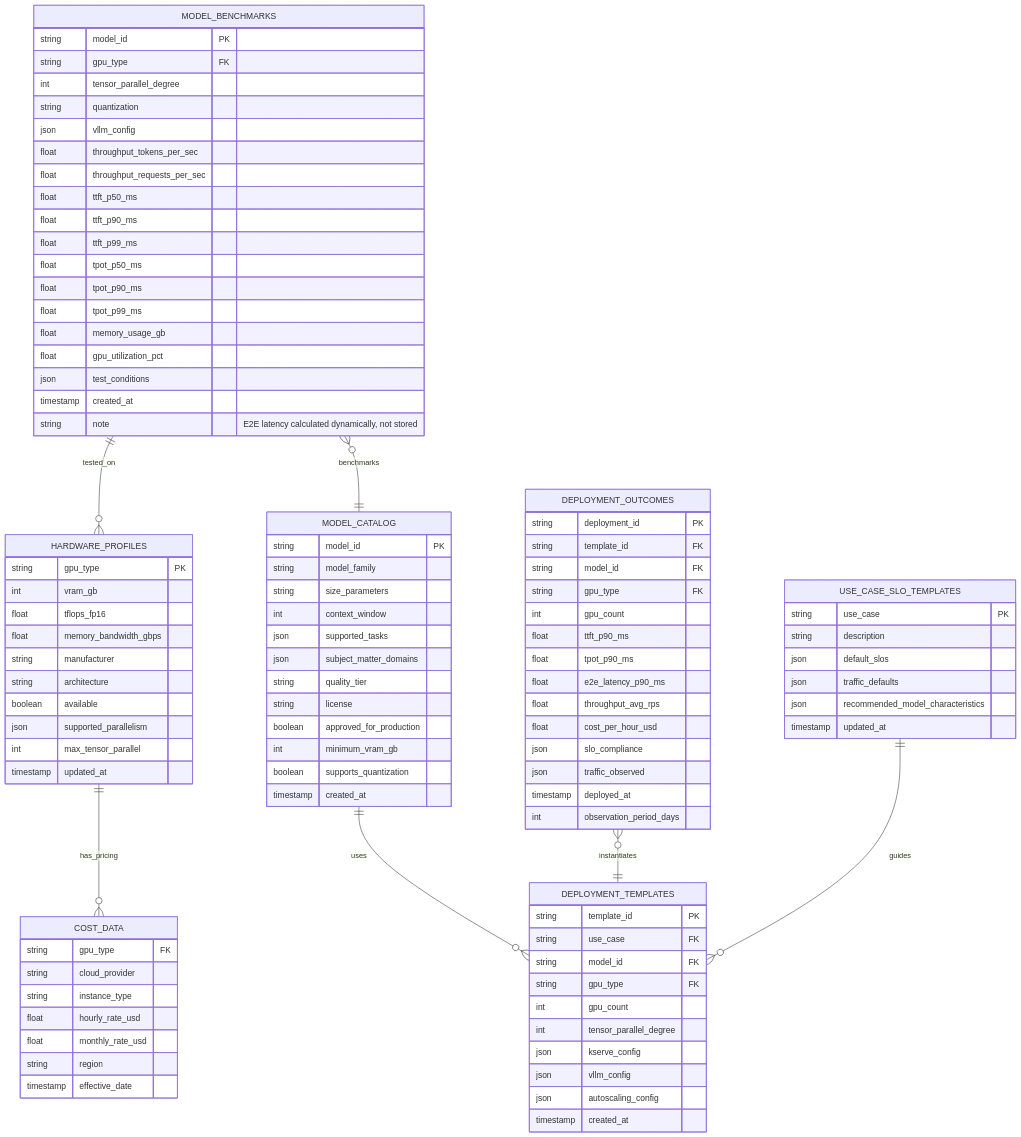
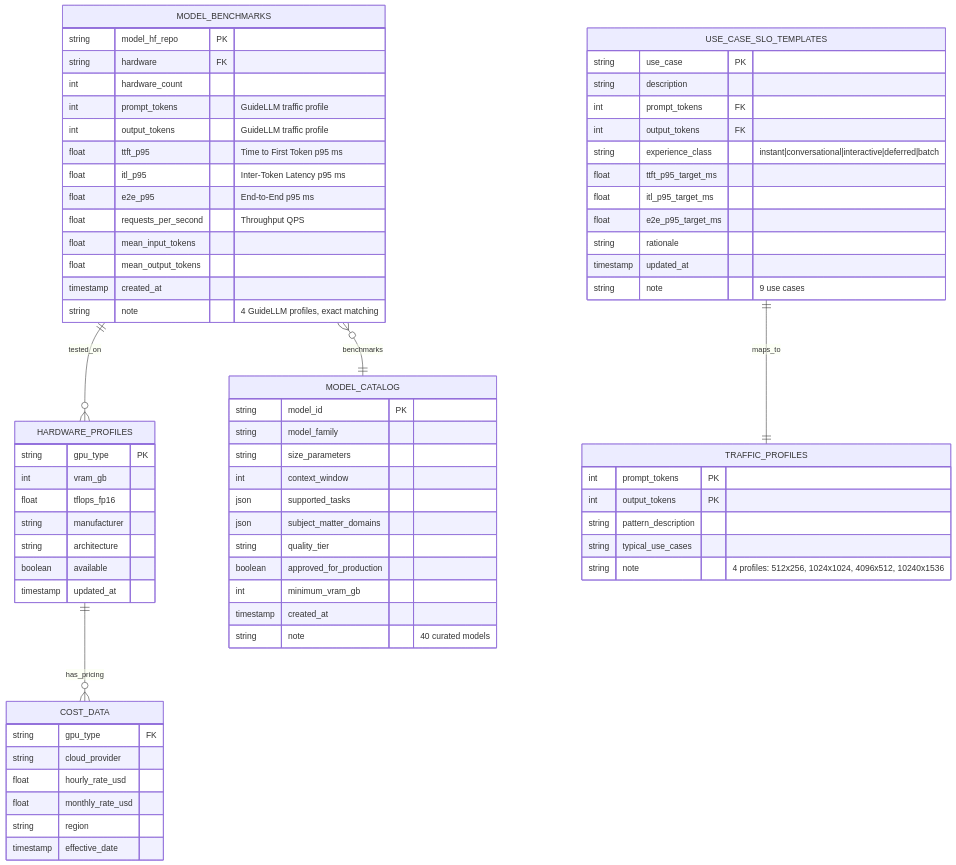
One commit to redhat-et/compass changed the fifth of 5 diagrams in docs/architecture-diagram.md. Above: the diagram before and after it, drawn with Mermaid. The commit also changed other lines of this file and 8 other files, not shown here.

First line of the commit message:
Refactor architecture to 4-engine + UI Layer structure

```diff
--- a/docs/architecture-diagram.md
+++ b/docs/architecture-diagram.md
@@ -304,42 +289,40 @@
 erDiagram
     MODEL_BENCHMARKS ||--o{ HARDWARE_PROFILES : "tested_on"
     MODEL_BENCHMARKS }o--|| MODEL_CATALOG : "benchmarks"
-    MODEL_CATALOG ||--o{ DEPLOYMENT_TEMPLATES : "uses"
-    DEPLOYMENT_OUTCOMES }o--|| DEPLOYMENT_TEMPLATES : "instantiates"
     HARDWARE_PROFILES ||--o{ COST_DATA : "has_pricing"
-    USE_CASE_SLO_TEMPLATES ||--o{ DEPLOYMENT_TEMPLATES : "guides"
+    USE_CASE_SLO_TEMPLATES ||--|| TRAFFIC_PROFILES : "maps_to"
 
     MODEL_BENCHMARKS {
-        string model_id PK
-        string gpu_type FK
-        int tensor_parallel_degree
-        string quantization
-        json vllm_config
-        float throughput_tokens_per_sec
-        float throughput_requests_per_sec
-        float ttft_p50_ms
-        float ttft_p90_ms
-        float ttft_p99_ms
-        float tpot_p50_ms
-        float tpot_p90_ms
-        float tpot_p99_ms
-        float memory_usage_gb
-        float gpu_utilization_pct
-        json test_conditions
+        string model_hf_repo PK
+        string hardware FK
+        int hardware_count
+        int prompt_tokens "GuideLLM traffic profile"
+        int output_tokens "GuideLLM traffic profile"
+        float ttft_p95 "Time to First Token p95 ms"
+        float itl_p95 "Inter-Token Latency p95 ms"
+        float e2e_p95 "End-to-End p95 ms"
+        float requests_per_second "Throughput QPS"
+        float mean_input_tokens
+        float mean_output_tokens
         timestamp created_at
-        string note "E2E latency calculated dynamically, not stored"
+        string note "4 GuideLLM profiles, exact matching"
+    }
+
+    TRAFFIC_PROFILES {
+        int prompt_tokens PK
+        int output_tokens PK
+        string pattern_description
+        string typical_use_cases
+        string note "4 profiles: 512x256, 1024x1024, 4096x512, 10240x1536"
     }
 
     HARDWARE_PROFILES {
         string gpu_type PK
         int vram_gb
         float tflops_fp16
-        float memory_bandwidth_gbps
         string manufacturer
         string architecture
         boolean available
-        json supported_parallelism
-        int max_tensor_parallel
         timestamp updated_at
     }
 
@@ -351,56 +334,29 @@
         json supported_tasks
         json subject_matter_domains
         string quality_tier
-        string license
         boolean approved_for_production
         int minimum_vram_gb
-        boolean supports_quantization
         timestamp created_at
+        string note "40 curated models"
     }
 
     USE_CASE_SLO_TEMPLATES {
         string use_case PK
         string description
-        json default_slos
-        json traffic_defaults
-        json recommended_model_characteristics
+        int prompt_tokens FK
+        int output_tokens FK
+        string experience_class "instant|conversational|interactive|deferred|batch"
+        float ttft_p95_target_ms
+        float itl_p95_target_ms
+        float e2e_p95_target_ms
+        string rationale
         timestamp updated_at
-    }
-
-    DEPLOYMENT_TEMPLATES {
-        string template_id PK
-        string use_case FK
-        string model_id FK
-        string gpu_type FK
-        int gpu_count
-        int tensor_parallel_degree
-        json kserve_config
-        json vllm_config
-        json autoscaling_config
-        timestamp created_at
-    }
-
-    DEPLOYMENT_OUTCOMES {
-        string deployment_id PK
-        string template_id FK
-        string model_id FK
-        string gpu_type FK
-        int gpu_count
-        float ttft_p90_ms
-        float tpot_p90_ms
-        float e2e_latency_p90_ms
-        float throughput_avg_rps
-        float cost_per_hour_usd
-        json slo_compliance
-        json traffic_observed
-        timestamp deployed_at
-        int observation_period_days
+        string note "9 use cases"
     }
 
     COST_DATA {
         string gpu_type FK
         string cloud_provider
-        string instance_type
         float hourly_rate_usd
         float monthly_rate_usd
         string region
```
